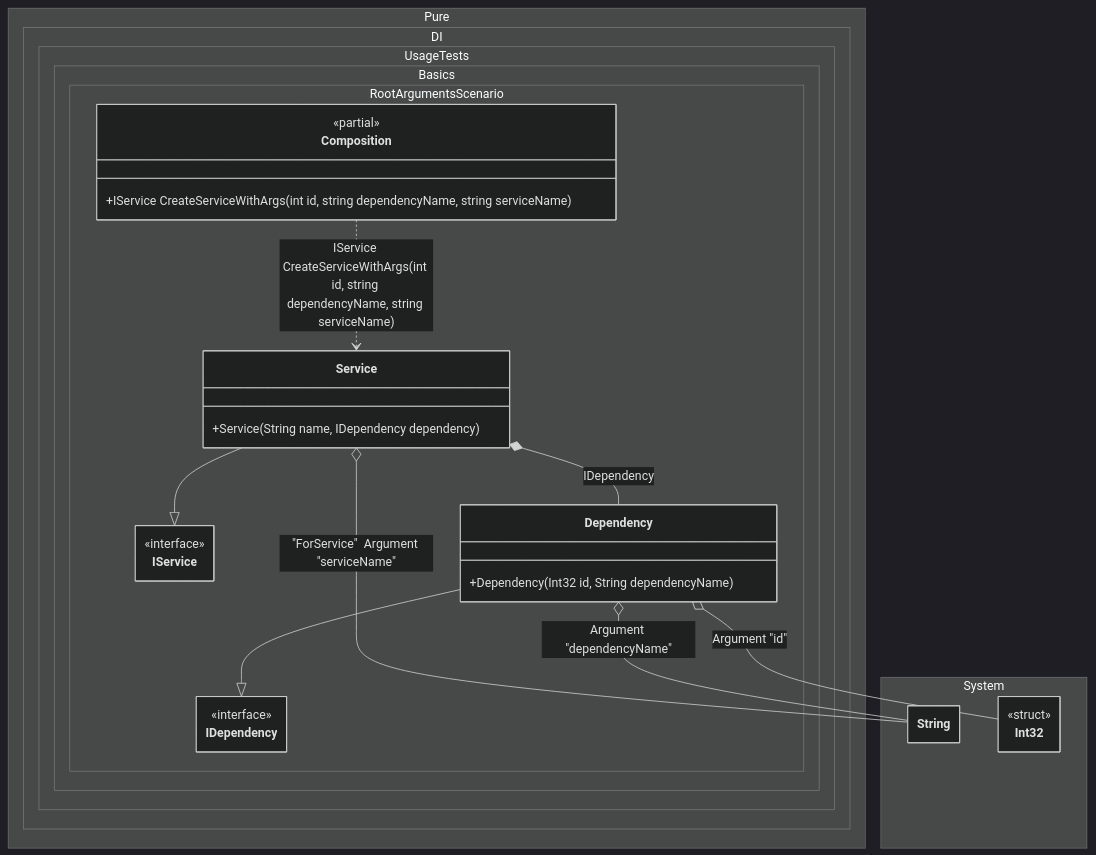
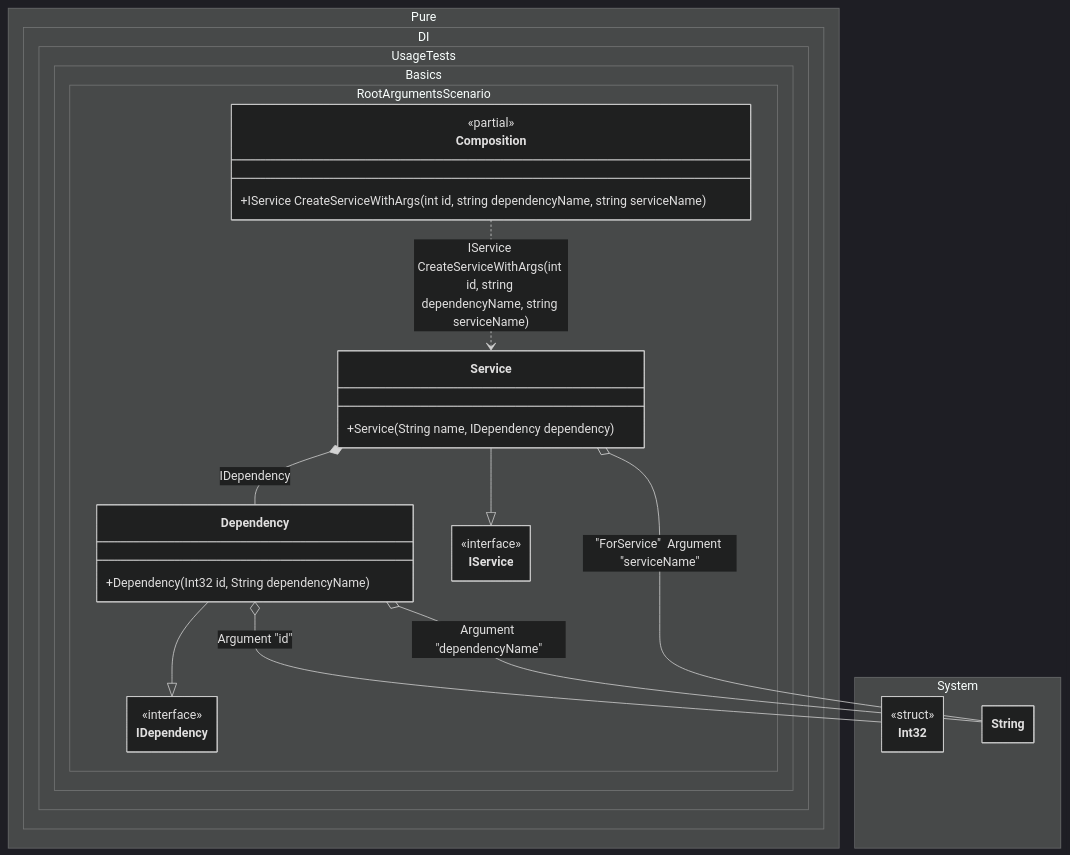
The diagram in readme/root-arguments.md (DevTeam/Pure.DI), drawn with Mermaid (dark theme) before and after one commit. The commit also changed other lines of this file and 113 other files, not shown here.

````diff
--- a/readme/root-arguments.md
+++ b/readme/root-arguments.md
@@ -131,40 +131,40 @@
 ```mermaid
 ---
  config:
   class:
    hideEmptyMembersBox: true
 ---
 classDiagram
+	Dependency --|> IDependency
 	Service --|> IService
-	Dependency --|> IDependency
 	Composition ..> Service : IService CreateServiceWithArgs(int id, string dependencyName, string serviceName)
-	Service o-- String : "ForService"  Argument "serviceName"
-	Service *--  Dependency : IDependency
 	Dependency o-- Int32 : Argument "id"
 	Dependency o-- String : Argument "dependencyName"
+	Service *--  Dependency : IDependency
+	Service o-- String : "ForService"  Argument "serviceName"
 	namespace Pure.DI.UsageTests.Basics.RootArgumentsScenario {
 		class Composition {
 		<<partial>>
 		+IService CreateServiceWithArgs(int id, string dependencyName, string serviceName)
 		}
 		class Dependency {
 			+Dependency(Int32 id, String dependencyName)
 		}
 		class IDependency {
 			<<interface>>
 		}
 		class IService {
 			<<interface>>
 		}
 		class Service {
 			+Service(String name, IDependency dependency)
 		}
 	}
 	namespace System {
 		class Int32 {
 				<<struct>>
 		}
 		class String {
 		}
 	}
 ```
````
